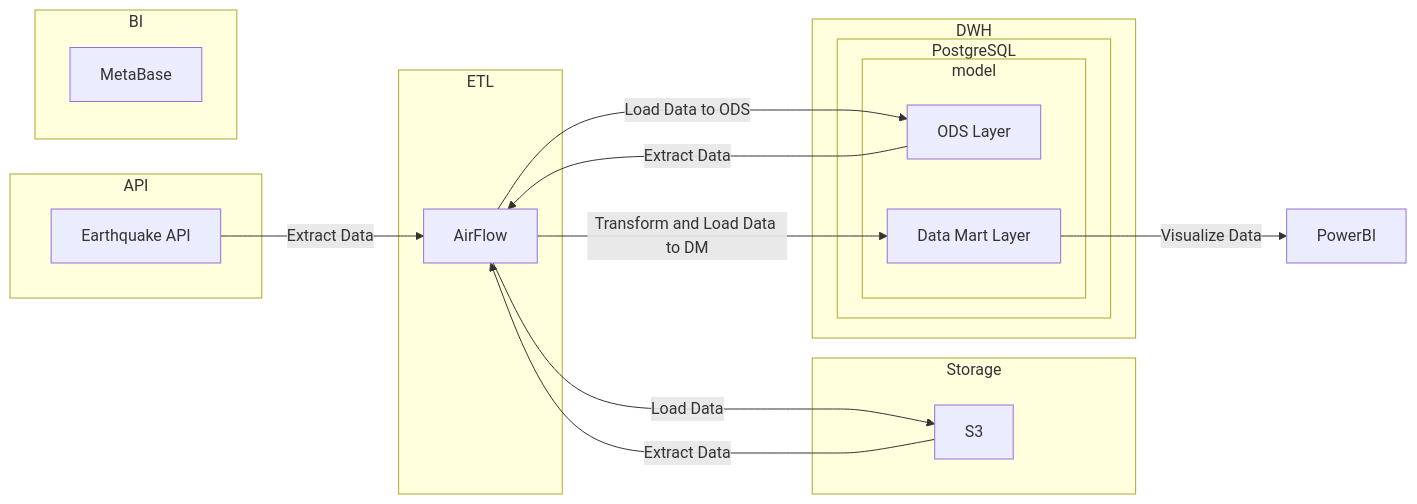
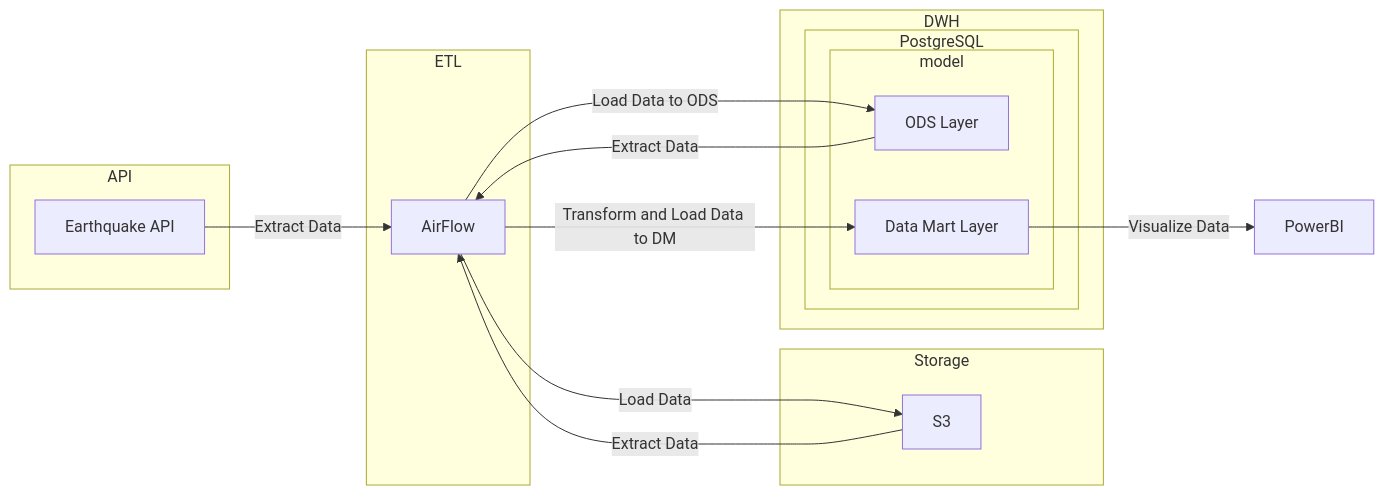
Before and after one commit to urhwez/earthquake: the diagram in README.md, drawn with Mermaid.

````diff
--- a/README.md
+++ b/README.md
@@ -7,35 +7,31 @@
 ```mermaid
 flowchart LR
     subgraph API
         API_E["Earthquake API"]
     end
 
     subgraph ETL
         AirFlow
     end
 
     subgraph Storage
         S3
     end
 
     subgraph DWH
         subgraph PostgreSQL
             subgraph model
                 ods["ODS Layer"]
                 dm["Data Mart Layer"]
             end
         end
     end
 
-    subgraph BI
-        MetaBase
-    end
-
     API_E -->|Extract Data| AirFlow
     AirFlow -->|Load Data| S3
     S3 -->|Extract Data| AirFlow
     AirFlow -->|Load Data to ODS| ods
     ods -->|Extract Data| AirFlow
     AirFlow -->|Transform and Load Data to DM| dm
     dm -->|Visualize Data| PowerBI
 ```
````
